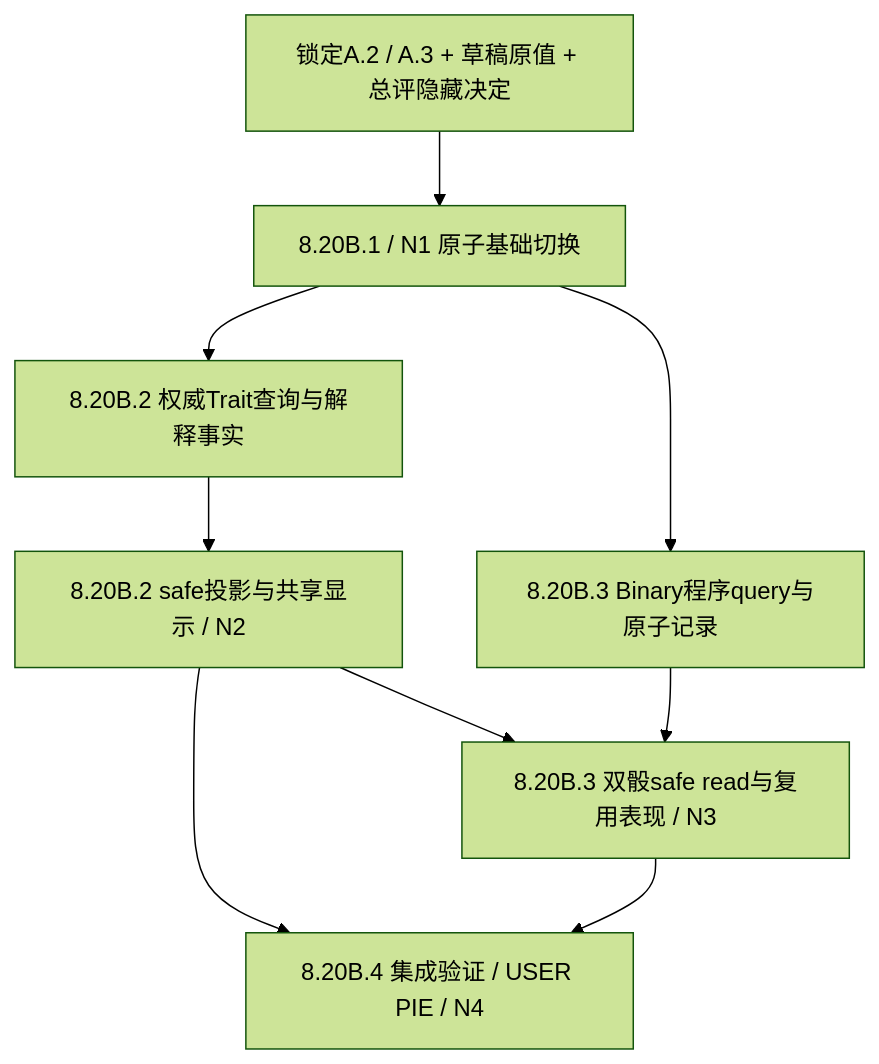
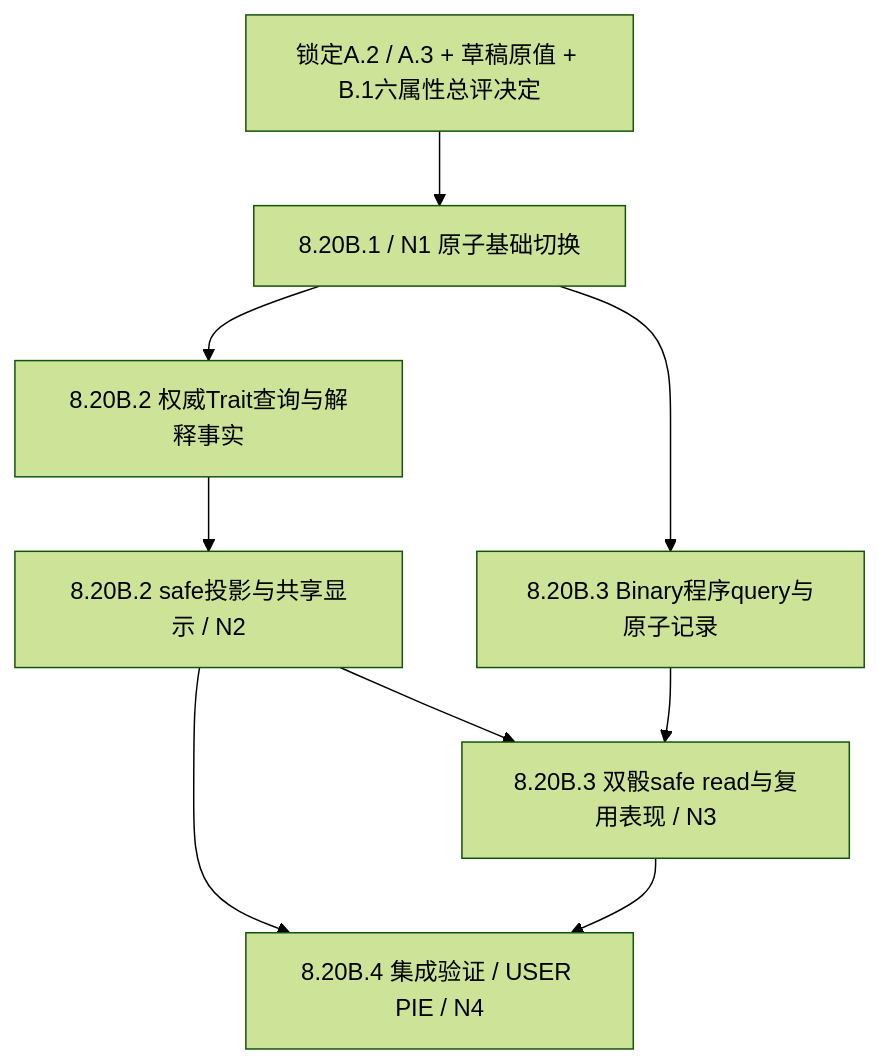
Before and after one commit to Lucho34/FMCodex: the diagram in Docs/Rules/Rules_Simplification_Runtime_Migration_Plan.md, drawn with Mermaid (forest theme). The commit also changed other lines of this file and 126 other files, not shown here.

````diff
--- a/Docs/Rules/Rules_Simplification_Runtime_Migration_Plan.md
+++ b/Docs/Rules/Rules_Simplification_Runtime_Migration_Plan.md
@@ -216,11 +216,11 @@
 ```mermaid
 flowchart TD
-    A[锁定A.2 / A.3 + 草稿原值 + 总评隐藏决定] --> B1[8.20B.1 / N1 原子基础切换]
+    A[锁定A.2 / A.3 + 草稿原值 + B.1六属性总评决定] --> B1[8.20B.1 / N1 原子基础切换]
     B1 --> B2F[8.20B.2 权威Trait查询与解释事实]
     B2F --> B2U[8.20B.2 safe投影与共享显示 / N2]
     B1 --> B3Q[8.20B.3 Binary程序query与原子记录]
     B2U --> B3U[8.20B.3 双骰safe read与复用表现 / N3]
     B3Q --> B3U
     B2U --> B4[8.20B.4 集成验证 / USER PIE / N4]
     B3U --> B4
 ```
````
